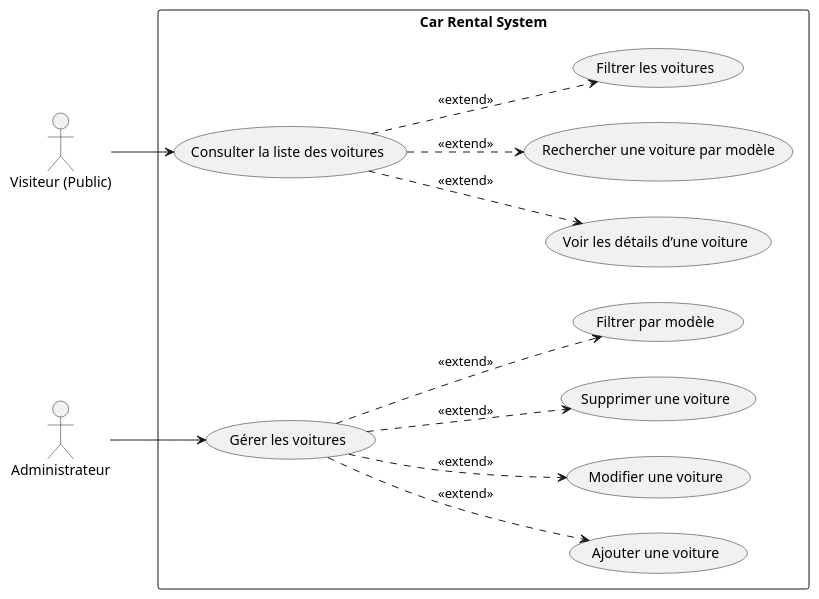
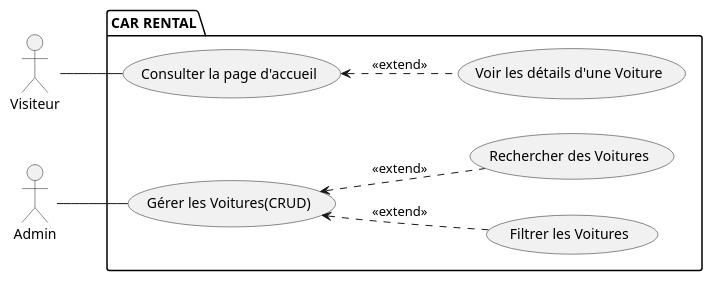
The diagram in conception/UseCase.puml (le3shiri/projet-technique-cars), drawn with PlantUML before and after one commit. The commit also changed 5 other files, not shown here.

```diff
--- a/conception/UseCase.puml
+++ b/conception/UseCase.puml
@@ -1,32 +1,24 @@
 @startuml
 left to right direction
+actor "Visiteur" as Visiteur
+actor "Admin" as Admin
 
-actor "Visiteur (Public)" as Visitor
-actor "Administrateur" as Admin
+package "CAR RENTAL" {
+    usecase "Consulter la page d'accueil" as UC_Accueil
+    usecase "Voir les détails d'une Voiture" as UC_Details
 
-rectangle "Car Rental System" {
-
-  usecase "Consulter la liste des voitures" as UC_List
-  usecase "Voir les détails d’une voiture" as UC_Details
-  usecase "Rechercher une voiture par modèle" as UC_Search
-  usecase "Filtrer les voitures" as UC_Filter
-
-  usecase "Gérer les voitures" as UC_CRUD
-  usecase "Ajouter une voiture" as UC_Add
-  usecase "Modifier une voiture" as UC_Edit
-  usecase "Supprimer une voiture" as UC_Delete
-  usecase "Filtrer par modèle" as UC_FilterAdmin
-
-  Visitor --> UC_List
-  UC_List ..> UC_Details : <<extend>>
-  UC_List ..> UC_Search : <<extend>>
-  UC_List ..> UC_Filter : <<extend>>
-
-  Admin --> UC_CRUD
-  UC_CRUD ..> UC_Add : <<extend>>
-  UC_CRUD ..> UC_Edit : <<extend>>
-  UC_CRUD ..> UC_Delete : <<extend>>
-  UC_CRUD ..> UC_FilterAdmin : <<extend>>
+    usecase "Gérer les Voitures(CRUD)" as UC_CRUD
+    usecase "Filtrer les Voitures" as UC_Filtrer
+    usecase "Rechercher des Voitures" as UC_Rechercher
 }
 
-@enduml
+' Relations Visiteur
+Visiteur -- UC_Accueil
+UC_Accueil <.. UC_Details : <<extend>>
+
+' Relations Admin
+Admin -- UC_CRUD
+UC_CRUD <.. UC_Filtrer : <<extend>>
+UC_CRUD <.. UC_Rechercher : <<extend>>
+
+@endum
```
